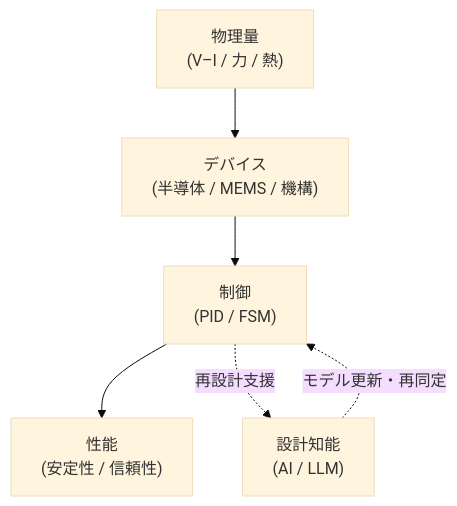
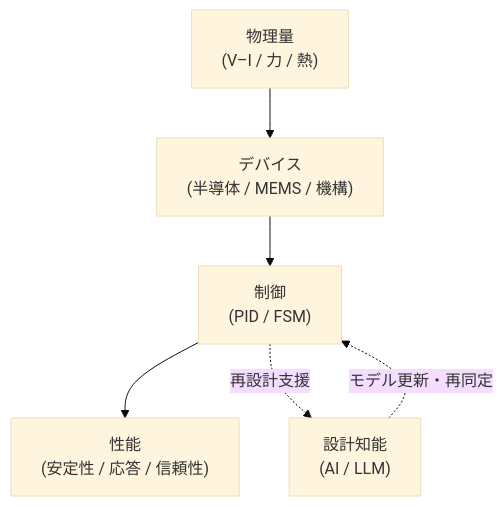
The diagram in index.md (Samizo-AITL/Samizo-AITL.github.io), drawn with Mermaid (base theme) before and after one commit. The commit also changed other lines of this file, not shown here.

````diff
--- a/index.md
+++ b/index.md
@@ -40,14 +30,14 @@
 ```mermaid
 flowchart TD
     P["物理量<br>(V–I / 力 / 熱)"]
     D["デバイス<br>(半導体 / MEMS / 機構)"]
     C["制御<br>(PID / FSM)"]
     A["設計知能<br>(AI / LLM)"]
-    S["性能<br>(安定性 / 信頼性)"]
+    S["性能<br>(安定性 / 応答 / 信頼性)"]
 
     P --> D
     D --> C
     C --> S
     C -. 再設計支援 .-> A
     A -. モデル更新・再同定 .-> C
 ```
````
